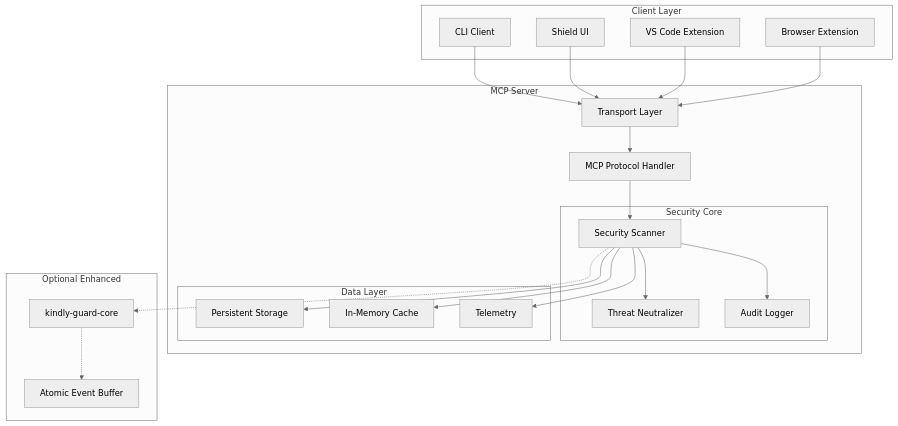
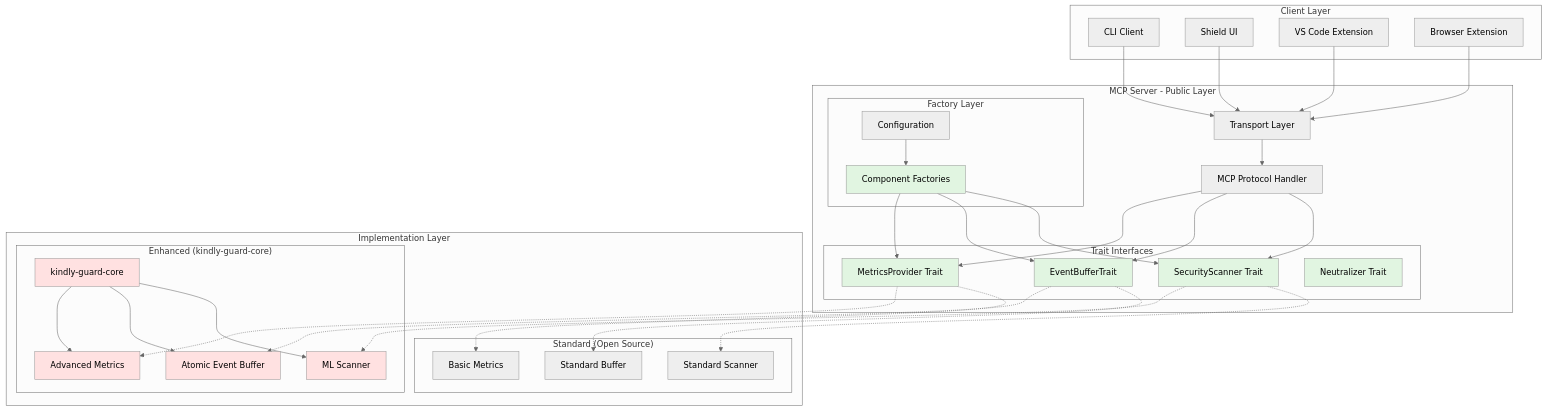
The first of 5 diagrams in docs/architecture/ARCHITECTURE.md (kindly-software-inc/kindly-guard), drawn with Mermaid (neutral theme) before and after one commit. The commit also changed other lines of this file and 300 other files, not shown here.

Commit message:
fix: feature-gate event_processor module to fix compilation without enhanced feature

````diff
--- a/docs/architecture/ARCHITECTURE.md
+++ b/docs/architecture/ARCHITECTURE.md
@@ -7,48 +7,77 @@
 ```mermaid
 graph TB
     subgraph "Client Layer"
         CLI[CLI Client]
         Shield[Shield UI]
         VSCode[VS Code Extension]
         Browser[Browser Extension]
     end
     
-    subgraph "MCP Server"
+    subgraph "MCP Server - Public Layer"
         Transport[Transport Layer]
         Protocol[MCP Protocol Handler]
         
-        subgraph "Security Core"
-            Scanner[Security Scanner]
-            Neutralizer[Threat Neutralizer]
-            Audit[Audit Logger]
+        subgraph "Trait Interfaces"
+            ScannerTrait[SecurityScanner Trait]
+            BufferTrait[EventBufferTrait]
+            MetricsTrait[MetricsProvider Trait]
+            NeutralizerTrait[Neutralizer Trait]
         end
         
-        subgraph "Data Layer"
-            Storage[Persistent Storage]
-            Cache[In-Memory Cache]
-            Metrics[Telemetry]
+        subgraph "Factory Layer"
+            Factories[Component Factories]
+            Config[Configuration]
         end
     end
     
-    subgraph "Optional Enhanced"
-        Core[kindly-guard-core]
-        EventBuffer[Atomic Event Buffer]
+    subgraph "Implementation Layer"
+        subgraph "Standard (Open Source)"
+            StdScanner[Standard Scanner]
+            StdBuffer[Standard Buffer]
+            StdMetrics[Basic Metrics]
+        end
+        
+        subgraph "Enhanced (kindly-guard-core)"
+            Core[kindly-guard-core]
+            EnhScanner[ML Scanner]
+            EventBuffer[Atomic Event Buffer]
+            EnhMetrics[Advanced Metrics]
+        end
     end
     
     CLI --> Transport
     Shield --> Transport
     VSCode --> Transport
     Browser --> Transport
     
     Transport --> Protocol
-    Protocol --> Scanner
-    Scanner --> Neutralizer
-    Scanner --> Audit
+    Protocol --> ScannerTrait
+    Protocol --> BufferTrait
+    Protocol --> MetricsTrait
     
-    Scanner --> Storage
-    Scanner --> Cache
-    Scanner --> Metrics
+    Config --> Factories
+    Factories --> ScannerTrait
+    Factories --> BufferTrait
+    Factories --> MetricsTrait
     
-    Scanner -.-> Core
-    Core -.-> EventBuffer
+    ScannerTrait -.-> StdScanner
+    ScannerTrait -.-> EnhScanner
+    BufferTrait -.-> StdBuffer
+    BufferTrait -.-> EventBuffer
+    MetricsTrait -.-> StdMetrics
+    MetricsTrait -.-> EnhMetrics
+    
+    Core --> EnhScanner
+    Core --> EventBuffer
+    Core --> EnhMetrics
+    
+    style ScannerTrait fill:#e1f5e1
+    style BufferTrait fill:#e1f5e1
+    style MetricsTrait fill:#e1f5e1
+    style NeutralizerTrait fill:#e1f5e1
+    style Factories fill:#e1f5e1
+    style Core fill:#ffe1e1
+    style EnhScanner fill:#ffe1e1
+    style EventBuffer fill:#ffe1e1
+    style EnhMetrics fill:#ffe1e1
 ```
````
